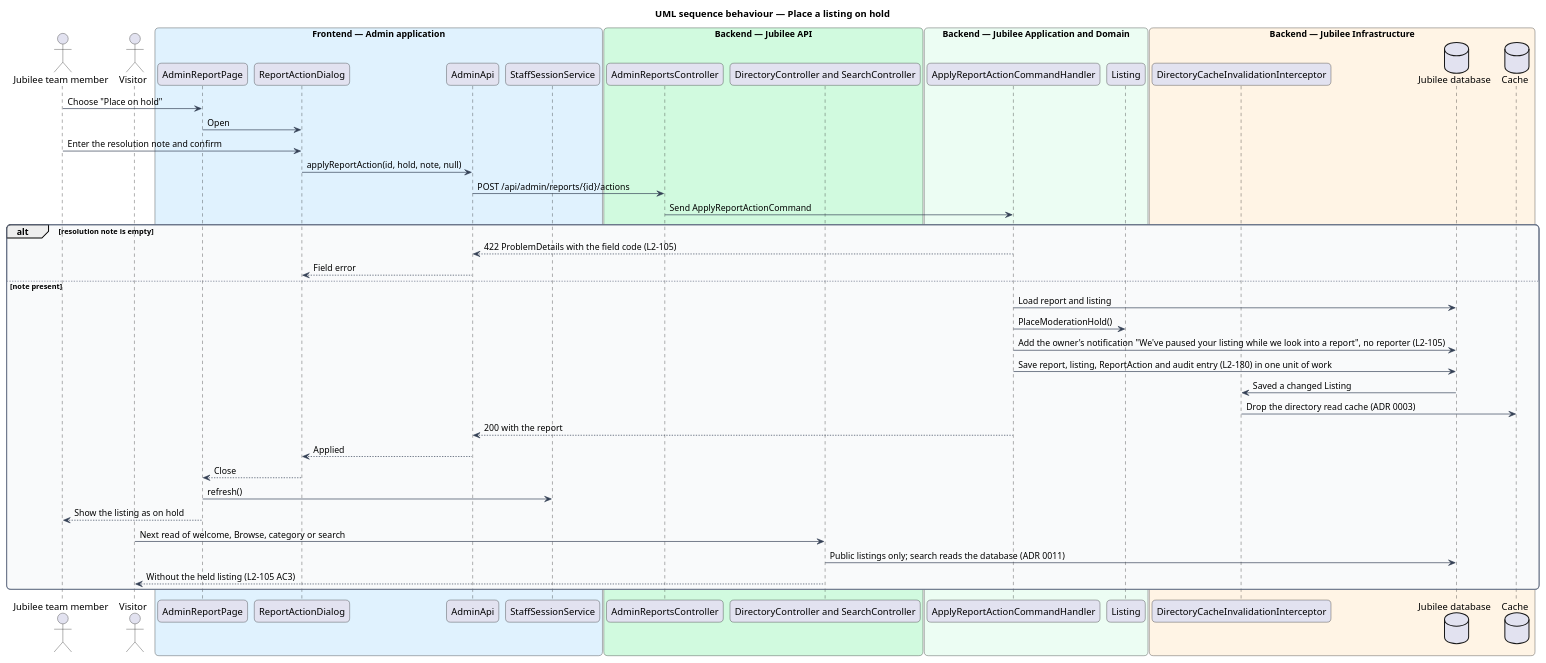
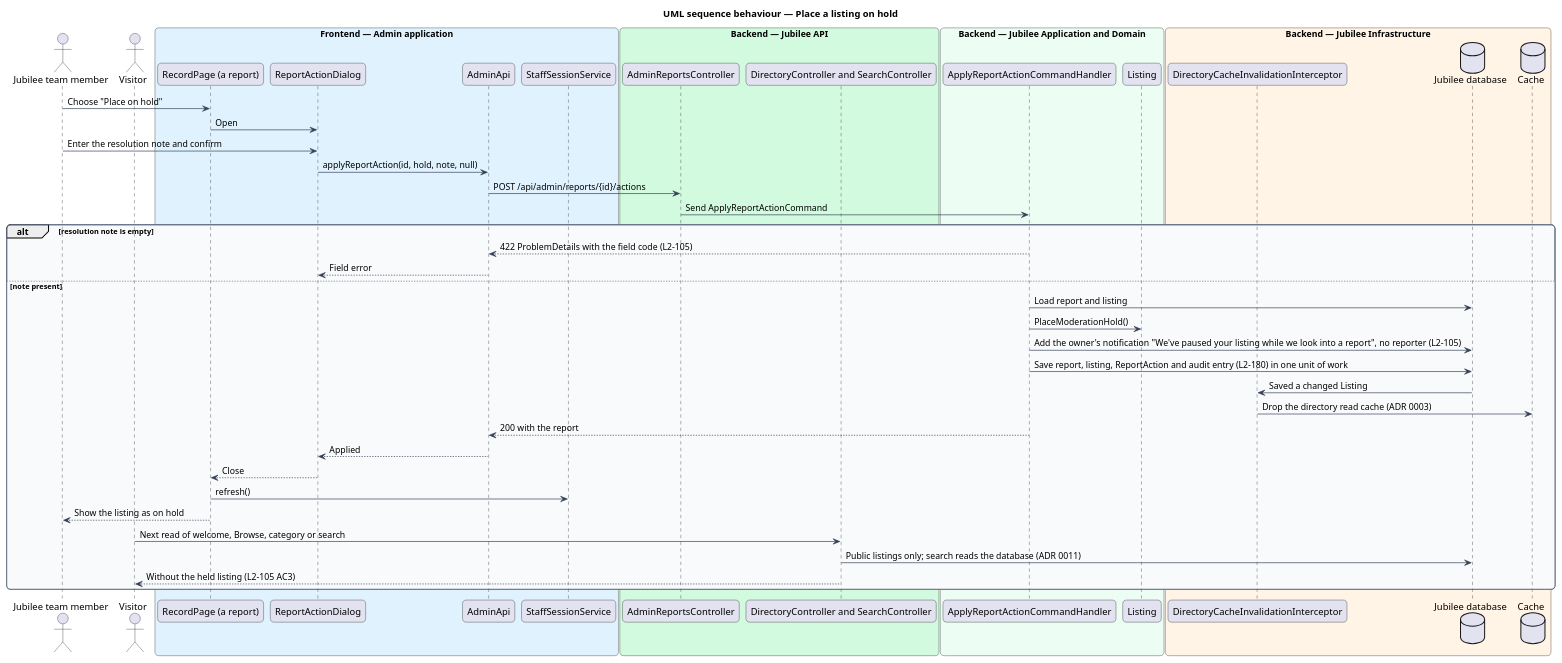
The diagram in docs/detailed-designs/moderation/handle-reports/diagrams/sequence-place-listing-on-hold.puml (QuinntyneBrown/jubilee), drawn with PlantUML before and after one commit. The commit also changed 81 other files, not shown here.

First line of the commit message:
docs(admin): design the schema-driven admin application (journey 35)

```diff
--- a/docs/detailed-designs/moderation/handle-reports/diagrams/sequence-place-listing-on-hold.puml
+++ b/docs/detailed-designs/moderation/handle-reports/diagrams/sequence-place-listing-on-hold.puml
@@ -1,63 +1,63 @@
 @startuml
 title UML sequence behaviour — Place a listing on hold
 skinparam backgroundColor #FFFFFF
 skinparam shadowing false
 skinparam roundcorner 12
 skinparam defaultFontName Arial
 skinparam ArrowColor #344054
 skinparam rectangle {
   BorderColor #344054
   FontColor #101828
 }
 skinparam package {
   BorderColor #667085
   FontColor #101828
   BackgroundColor #F9FAFB
 }
 actor "Jubilee team member" as actor
 actor "Visitor" as visitor
 box "Frontend — Admin application" #E0F2FE
-  participant "AdminReportPage" as page
+  participant "RecordPage (a report)" as page
   participant "ReportActionDialog" as dialog
   participant "AdminApi" as client
   participant "StaffSessionService" as session
 end box
 box "Backend — Jubilee API" #D1FADF
   participant "AdminReportsController" as controller
   participant "DirectoryController and SearchController" as directory
 end box
 box "Backend — Jubilee Application and Domain" #ECFDF3
   participant "ApplyReportActionCommandHandler" as handler
   participant "Listing" as listing
 end box
 box "Backend — Jubilee Infrastructure" #FFF4E5
   participant "DirectoryCacheInvalidationInterceptor" as icpt
   database "Jubilee database" as db
   database "Cache" as cache
 end box
 actor -> page : Choose "Place on hold"
 page -> dialog : Open
 actor -> dialog : Enter the resolution note and confirm
 dialog -> client : applyReportAction(id, hold, note, null)
 client -> controller : POST /api/admin/reports/{id}/actions
 controller -> handler : Send ApplyReportActionCommand
 alt resolution note is empty
   handler --> client : 422 ProblemDetails with the field code (L2-105)
   client --> dialog : Field error
 else note present
   handler -> db : Load report and listing
   handler -> listing : PlaceModerationHold()
   handler -> db : Add the owner's notification "We've paused your listing while we look into a report", no reporter (L2-105)
   handler -> db : Save report, listing, ReportAction and audit entry (L2-180) in one unit of work
   db -> icpt : Saved a changed Listing
   icpt -> cache : Drop the directory read cache (ADR 0003)
   handler --> client : 200 with the report
   client --> dialog : Applied
   dialog --> page : Close
   page -> session : refresh()
   page --> actor : Show the listing as on hold
   visitor -> directory : Next read of welcome, Browse, category or search
   directory -> db : Public listings only; search reads the database (ADR 0011)
   directory --> visitor : Without the held listing (L2-105 AC3)
 end
 @enduml
```
